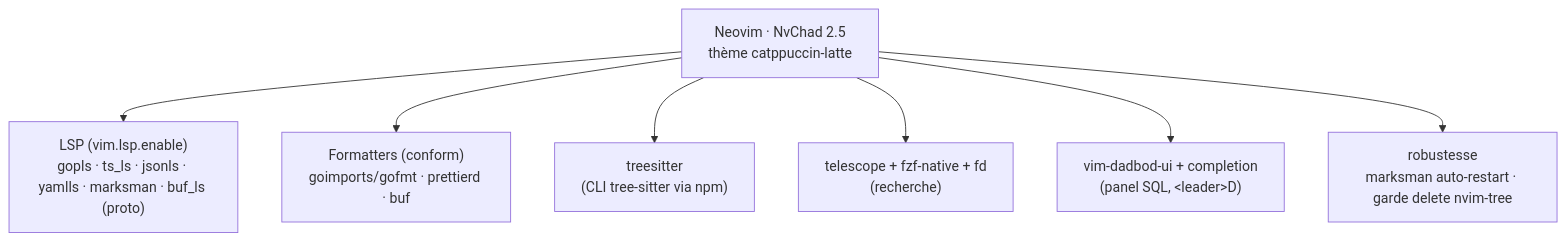
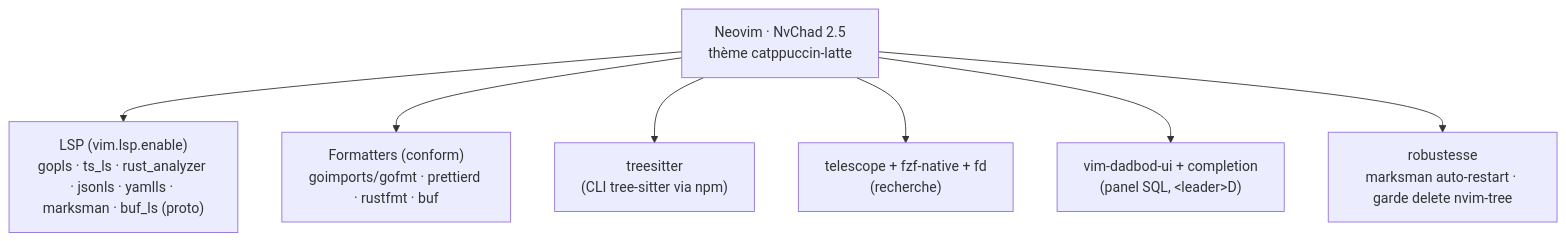
One commit to Skayfa/dotfiles changed the third of 6 diagrams in ARCHITECTURE.md. Above: the diagram before and after it, drawn with Mermaid. The commit also changed other lines of this file and 8 other files, not shown here.

First line of the commit message:
nvim: Rust support (rust_analyzer, rustfmt, treesitter)

````diff
--- a/ARCHITECTURE.md
+++ b/ARCHITECTURE.md
@@ -91,10 +91,10 @@
 ```mermaid
 flowchart TD
     NV["Neovim · NvChad 2.5<br/>thème catppuccin-latte"]
-    NV --> LSP["LSP (vim.lsp.enable)<br/>gopls · ts_ls · jsonls · yamlls · marksman · buf_ls (proto)"]
-    NV --> FMT["Formatters (conform)<br/>goimports/gofmt · prettierd · buf"]
+    NV --> LSP["LSP (vim.lsp.enable)<br/>gopls · ts_ls · rust_analyzer · jsonls · yamlls · marksman · buf_ls (proto)"]
+    NV --> FMT["Formatters (conform)<br/>goimports/gofmt · prettierd · rustfmt · buf"]
     NV --> TS["treesitter<br/>(CLI tree-sitter via npm)"]
     NV --> TEL["telescope + fzf-native + fd<br/>(recherche)"]
     NV --> DBUI["vim-dadbod-ui + completion<br/>(panel SQL, &lt;leader&gt;D)"]
     NV --> FIX["robustesse<br/>marksman auto-restart · garde delete nvim-tree"]
 ```
````
